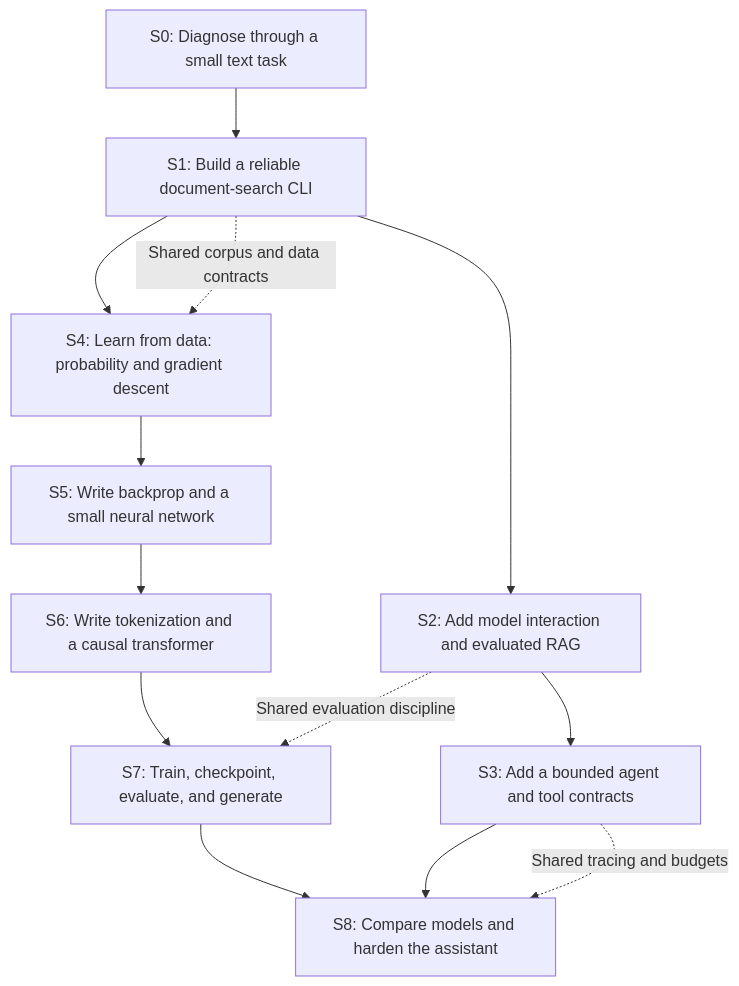
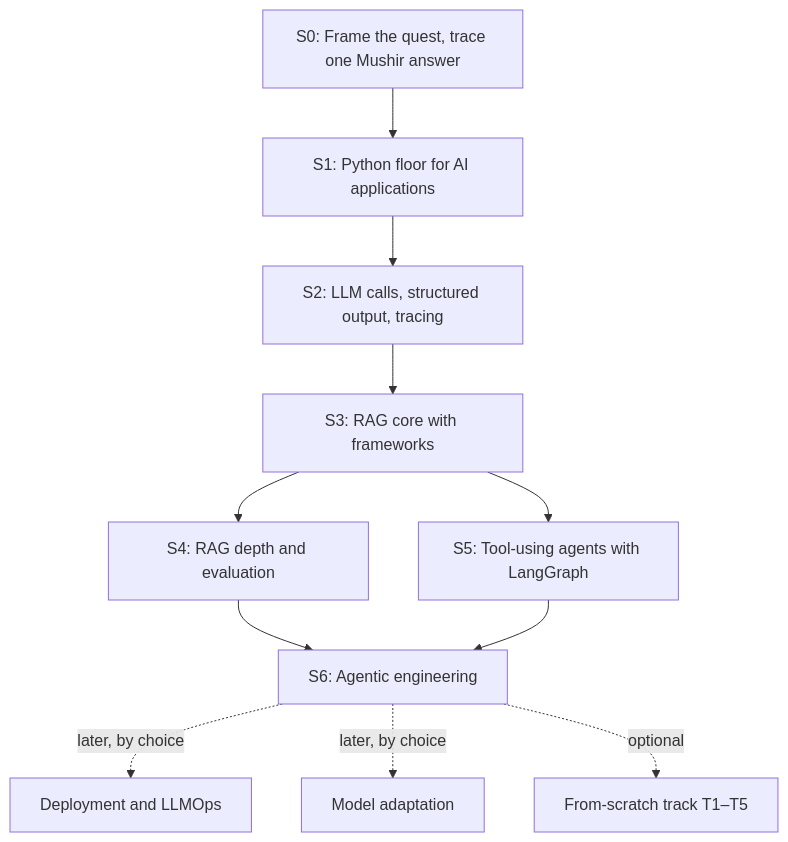
Before and after one commit to AhmedTElKodsh/ai-engineering-project-lab: the diagram in docs/learning-path/00-START-HERE.md, drawn with Mermaid. The commit also changed other lines of this file and 175 other files, not shown here.

First line of the commit message:
feat: refocus the route on RAG and agents with frameworks

````diff
--- a/docs/learning-path/00-START-HERE.md
+++ b/docs/learning-path/00-START-HERE.md
@@ -37,15 +36,13 @@
 ```mermaid
 flowchart TD
-    S0["S0: Diagnose through a small text task"] --> S1["S1: Build a reliable document-search CLI"]
-    S1 --> S2["S2: Add model interaction and evaluated RAG"]
-    S2 --> S3["S3: Add a bounded agent and tool contracts"]
-    S1 --> S4["S4: Learn from data: probability and gradient descent"]
-    S4 --> S5["S5: Write backprop and a small neural network"]
-    S5 --> S6["S6: Write tokenization and a causal transformer"]
-    S6 --> S7["S7: Train, checkpoint, evaluate, and generate"]
-    S7 --> S8["S8: Compare models and harden the assistant"]
-    S1 -. "Shared corpus and data contracts" .-> S4
-    S2 -. "Shared evaluation discipline" .-> S7
-    S3 --> S8
-    S3 -. "Shared tracing and budgets" .-> S8
+    S0["S0: Frame the quest, trace one Mushir answer"] --> S1["S1: Python floor for AI applications"]
+    S1 --> S2["S2: LLM calls, structured output, tracing"]
+    S2 --> S3["S3: RAG core with frameworks"]
+    S3 --> S4["S4: RAG depth and evaluation"]
+    S3 --> S5["S5: Tool-using agents with LangGraph"]
+    S4 --> S6["S6: Agentic engineering"]
+    S5 --> S6
+    S6 -. "later, by choice" .-> L1["Deployment and LLMOps"]
+    S6 -. "later, by choice" .-> L2["Model adaptation"]
+    S6 -. "optional" .-> T["From-scratch track T1–T5"]
 ```
````
